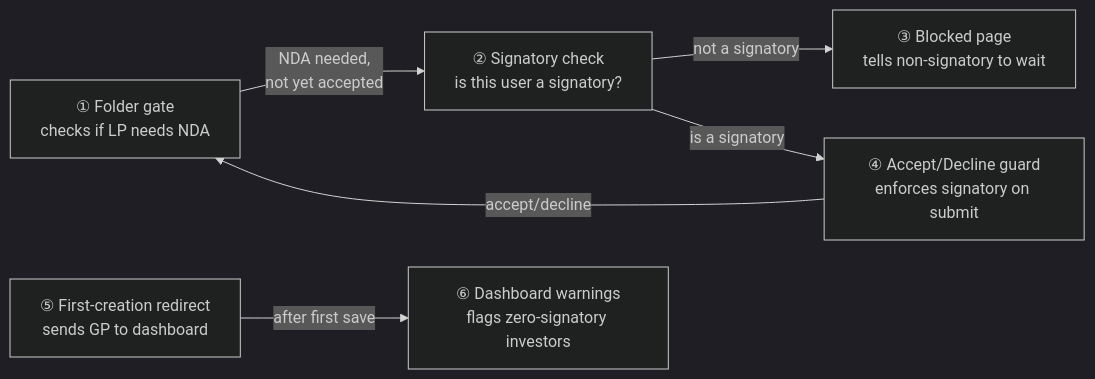
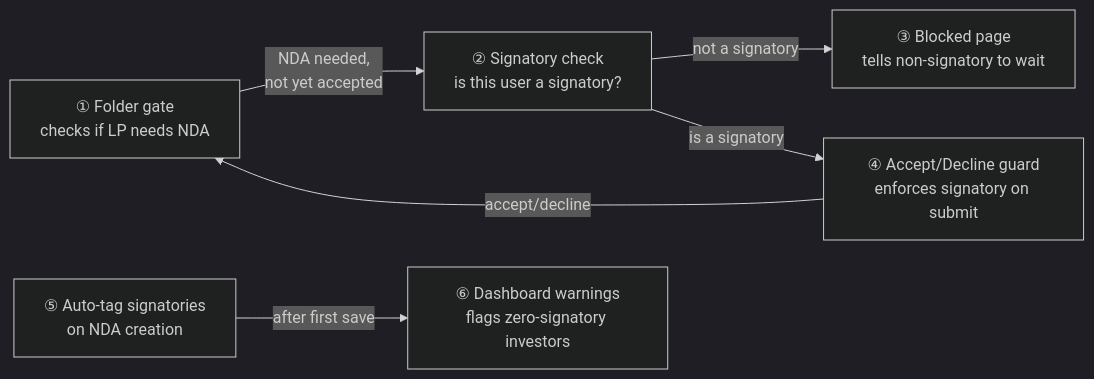
One commit to sampadadiwan/IRM_CompanyMain changed the first of 5 diagrams in openspec/changes/nda-module-9-enhancements/design.md. Above: the diagram before and after it, drawn with Mermaid (dark theme). The commit also changed other lines of this file and 3 other files, not shown here.

First line of the commit message:
docs: Update openspec artifacts for auto-tag signatories (product feedback)

````diff
--- a/openspec/changes/nda-module-9-enhancements/design.md
+++ b/openspec/changes/nda-module-9-enhancements/design.md
@@ -71,15 +71,15 @@
 ```mermaid
 flowchart LR
     A["① Folder gate<br/>checks if LP needs NDA"]
     B["② Signatory check<br/>is this user a signatory?"]
     C["③ Blocked page<br/>tells non-signatory to wait"]
     D["④ Accept/Decline guard<br/>enforces signatory on submit"]
-    E["⑤ First-creation redirect<br/>sends GP to dashboard"]
+    E["⑤ Auto-tag signatories<br/>on NDA creation"]
     F["⑥ Dashboard warnings<br/>flags zero-signatory investors"]
 
     A -- "NDA needed,<br/>not yet accepted" --> B
     B -- "not a signatory" --> C
     B -- "is a signatory" --> D
     D -- "accept/decline" --> A
     E -- "after first save" --> F
 ```
````
